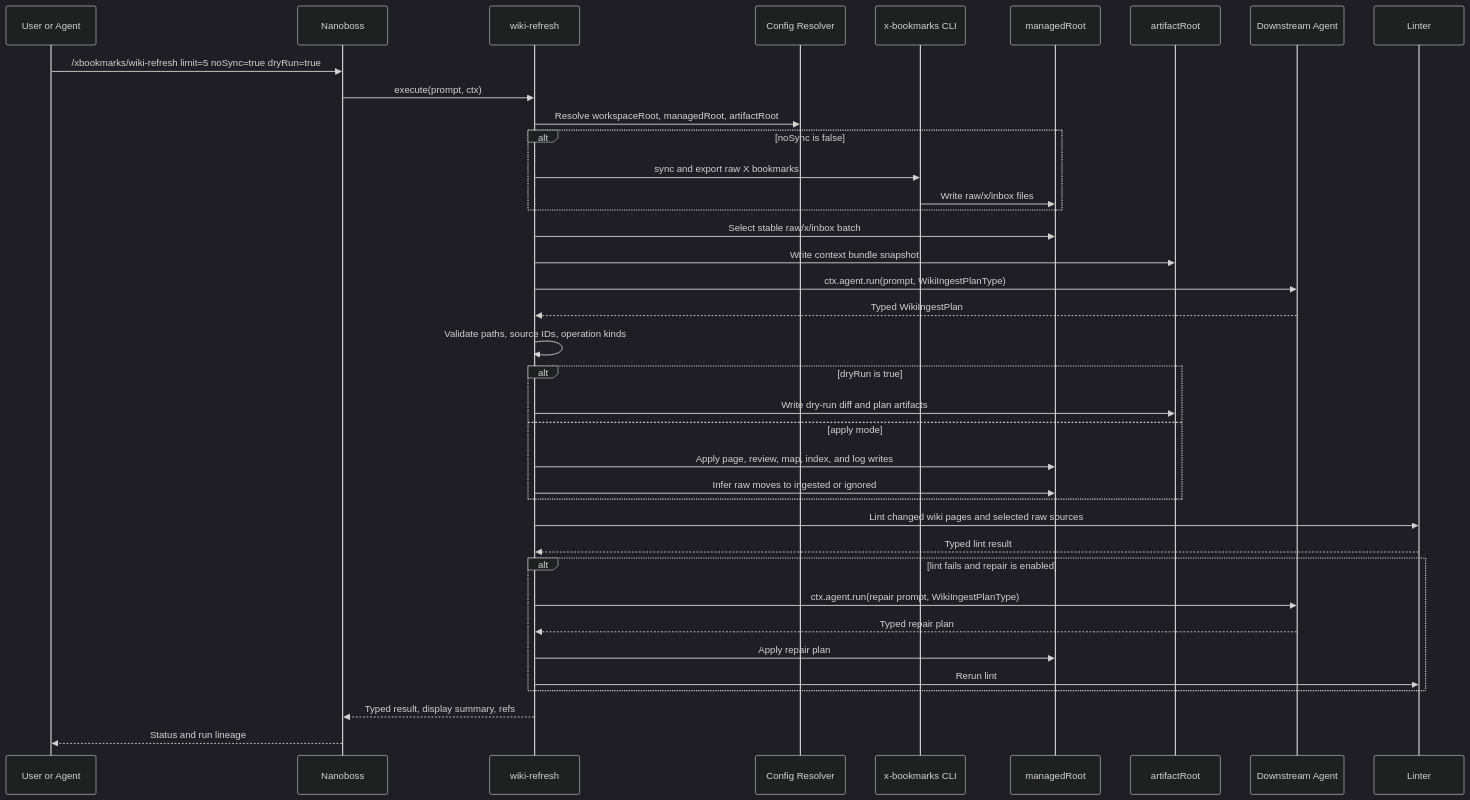
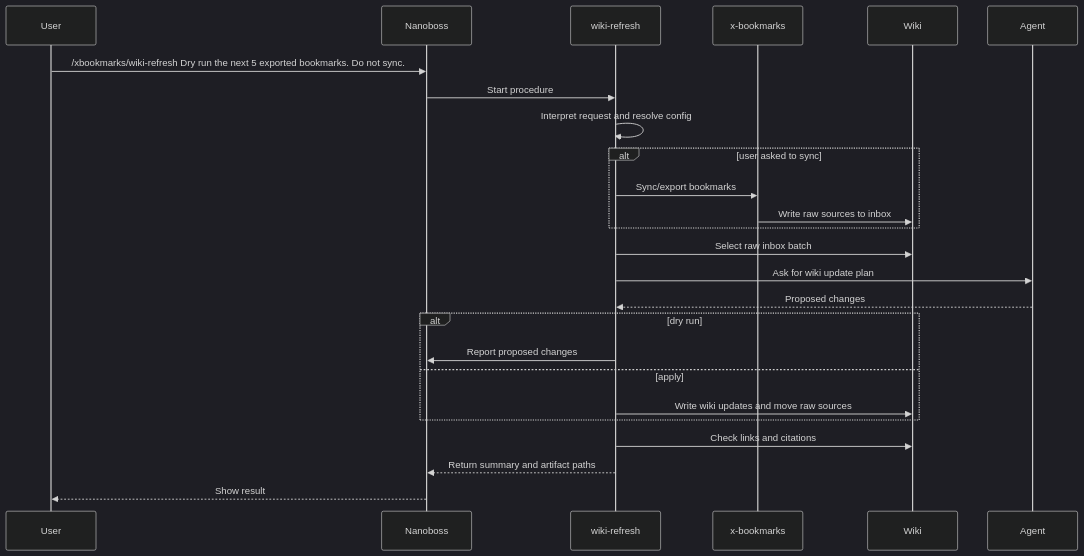
The second of 2 diagrams in docs/nanoboss-xbookmarks-wiki-procedure.md (jflam/x-bookmarks), drawn with Mermaid (dark theme) before and after one commit. The commit also changed other lines of this file and 1 other file, not shown here.

Commit message:
Refine Nanoboss X bookmarks procedure docs

````diff
--- a/docs/nanoboss-xbookmarks-wiki-procedure.md
+++ b/docs/nanoboss-xbookmarks-wiki-procedure.md
@@ -75,41 +38,28 @@
 ```mermaid
 sequenceDiagram
-  participant U as User or Agent
+  participant U as User
   participant NB as Nanoboss
   participant P as wiki-refresh
-  participant CFG as Config Resolver
-  participant XB as x-bookmarks CLI
-  participant MR as managedRoot
-  participant AR as artifactRoot
-  participant A as Downstream Agent
-  participant L as Linter
+  participant X as x-bookmarks
+  participant W as Wiki
+  participant A as Agent
 
-  U->>NB: /xbookmarks/wiki-refresh limit=5 noSync=true dryRun=true
-  NB->>P: execute(prompt, ctx)
-  P->>CFG: Resolve workspaceRoot, managedRoot, artifactRoot
-  alt noSync is false
-    P->>XB: sync and export raw X bookmarks
-    XB->>MR: Write raw/x/inbox files
+  U->>NB: /xbookmarks/wiki-refresh Dry run the next 5 exported bookmarks. Do not sync.
+  NB->>P: Start procedure
+  P->>P: Interpret request and resolve config
+  alt user asked to sync
+    P->>X: Sync/export bookmarks
+    X->>W: Write raw sources to inbox
   end
-  P->>MR: Select stable raw/x/inbox batch
-  P->>AR: Write context bundle snapshot
-  P->>A: ctx.agent.run(prompt, WikiIngestPlanType)
-  A-->>P: Typed WikiIngestPlan
-  P->>P: Validate paths, source IDs, operation kinds
-  alt dryRun is true
-    P->>AR: Write dry-run diff and plan artifacts
-  else apply mode
-    P->>MR: Apply page, review, map, index, and log writes
-    P->>MR: Infer raw moves to ingested or ignored
+  P->>W: Select raw inbox batch
+  P->>A: Ask for wiki update plan
+  A-->>P: Proposed changes
+  alt dry run
+    P->>NB: Report proposed changes
+  else apply
+    P->>W: Write wiki updates and move raw sources
   end
-  P->>L: Lint changed wiki pages and selected raw sources
-  L-->>P: Typed lint result
-  alt lint fails and repair is enabled
-    P->>A: ctx.agent.run(repair prompt, WikiIngestPlanType)
-    A-->>P: Typed repair plan
-    P->>MR: Apply repair plan
-    P->>L: Rerun lint
-  end
-  P-->>NB: Typed result, display summary, refs
-  NB-->>U: Status and run lineage
+  P->>W: Check links and citations
+  P-->>NB: Return summary and artifact paths
+  NB-->>U: Show result
 ```
````
